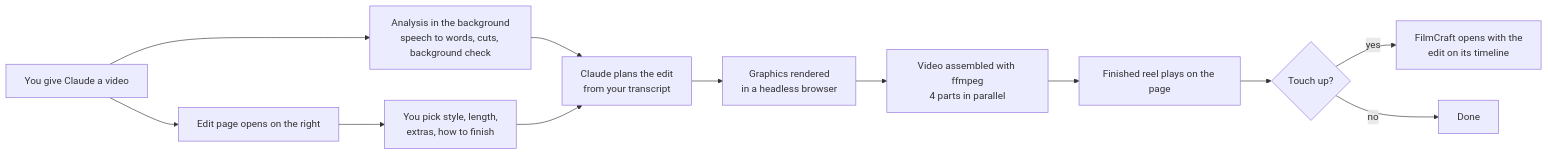
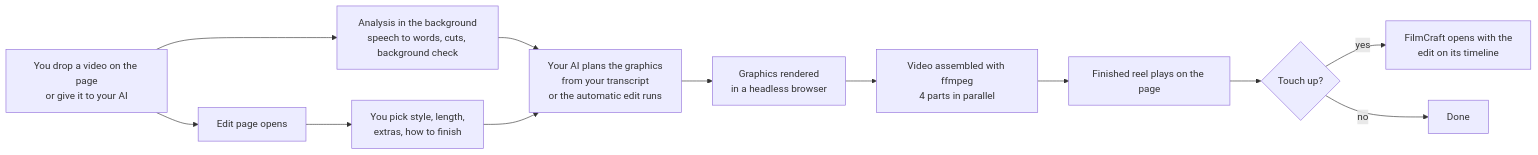
Before and after one commit to rsenthil-85/AI-Reels-editor---Sen-Video: the diagram in README.md, drawn with Mermaid. The commit also changed other lines of this file and 3 other files, not shown here.

````diff
--- a/README.md
+++ b/README.md
@@ -56,14 +58,14 @@
 ```mermaid
 flowchart LR
-    A[You give Claude a video] --> B[Edit page opens on the right]
+    A[You drop a video on the page<br/>or give it to your AI] --> B[Edit page opens]
     A --> C[Analysis in the background<br/>speech to words, cuts, background check]
     B --> D[You pick style, length,<br/>extras, how to finish]
-    C --> E[Claude plans the edit<br/>from your transcript]
+    C --> E[Your AI plans the graphics<br/>from your transcript<br/>or the automatic edit runs]
     D --> E
     E --> F[Graphics rendered<br/>in a headless browser]
     F --> G[Video assembled with ffmpeg<br/>4 parts in parallel]
     G --> H[Finished reel plays on the page]
     H --> I{Touch up?}
     I -->|yes| J[FilmCraft opens with the<br/>edit on its timeline]
     I -->|no| K[Done]
 ```
````
